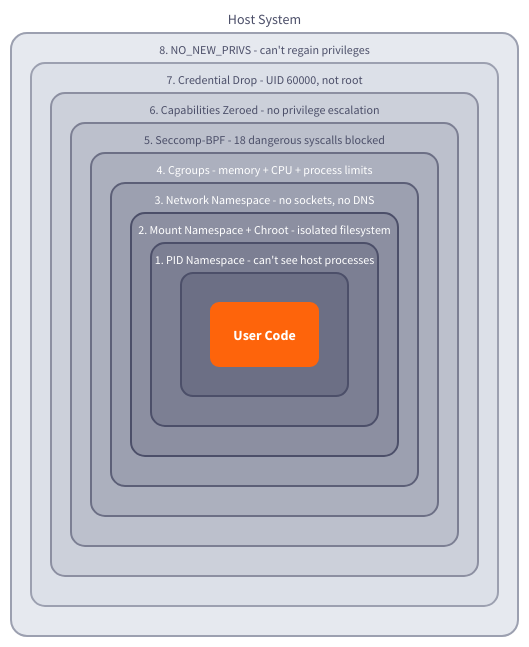
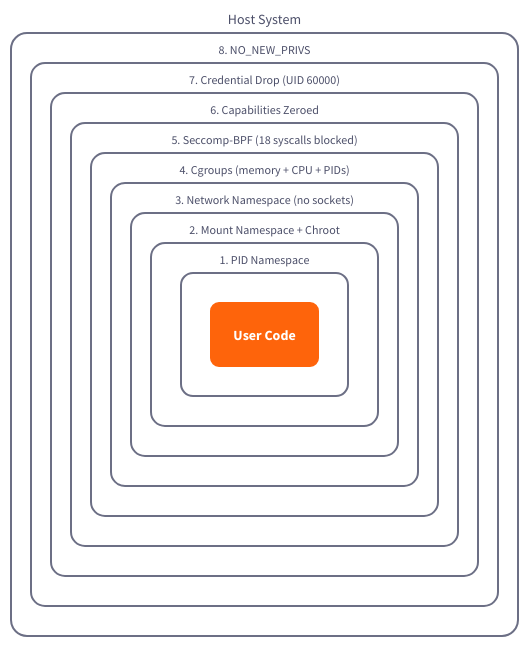
Before and after one commit to orkait/rustbox: the diagram in docs-site/src/assets/diagrams/isolation-layers.d2, drawn with D2. The commit also changed 7 other files, not shown here.

First line of the commit message:
docs: fix diagram layout, contrast, and sizing

```diff
--- a/docs-site/src/assets/diagrams/isolation-layers.d2
+++ b/docs-site/src/assets/diagrams/isolation-layers.d2
@@ -1,92 +1,92 @@
 direction: down
 
 host: {
   label: "Host System"
-  style.fill: "#e6e9ef"
-  style.stroke: "#9ca0b0"
+  style.fill: "#ffffff"
+  style.stroke: "#6c6f85"
   style.font-color: "#4c4f69"
   style.border-radius: 16
   style.font-size: 14
 
   l8: {
-    label: "8. NO_NEW_PRIVS  -  can't regain privileges"
-    style.fill: "#dce0e8"
-    style.stroke: "#9ca0b0"
+    label: "8. NO_NEW_PRIVS"
+    style.fill: "#ffffff"
+    style.stroke: "#6c6f85"
     style.font-color: "#4c4f69"
     style.border-radius: 14
     style.font-size: 12
 
     l7: {
-      label: "7. Credential Drop  -  UID 60000, not root"
-      style.fill: "#ccd0da"
-      style.stroke: "#8c8fa1"
+      label: "7. Credential Drop (UID 60000)"
+      style.fill: "#ffffff"
+      style.stroke: "#6c6f85"
       style.font-color: "#4c4f69"
       style.border-radius: 14
       style.font-size: 12
 
       l6: {
-        label: "6. Capabilities Zeroed  -  no privilege escalation"
-        style.fill: "#bcc0cc"
-        style.stroke: "#7c7f93"
+        label: "6. Capabilities Zeroed"
+        style.fill: "#ffffff"
+        style.stroke: "#6c6f85"
         style.font-color: "#4c4f69"
         style.border-radius: 14
         style.font-size: 12
 
         l5: {
-          label: "5. Seccomp-BPF  -  18 dangerous syscalls blocked"
-          style.fill: "#acb0be"
+          label: "5. Seccomp-BPF (18 syscalls blocked)"
+          style.fill: "#ffffff"
           style.stroke: "#6c6f85"
           style.font-color: "#4c4f69"
           style.border-radius: 14
           style.font-size: 12
 
           l4: {
-            label: "4. Cgroups  -  memory + CPU + process limits"
-            style.fill: "#9ca0b0"
-            style.stroke: "#5c5f77"
-            style.font-color: "#ffffff"
+            label: "4. Cgroups (memory + CPU + PIDs)"
+            style.fill: "#ffffff"
+            style.stroke: "#6c6f85"
+            style.font-color: "#4c4f69"
             style.border-radius: 14
             style.font-size: 12
 
             l3: {
-              label: "3. Network Namespace  -  no sockets, no DNS"
-              style.fill: "#8c8fa1"
-              style.stroke: "#4c4f69"
-              style.font-color: "#ffffff"
+              label: "3. Network Namespace (no sockets)"
+              style.fill: "#ffffff"
+              style.stroke: "#6c6f85"
+              style.font-color: "#4c4f69"
               style.border-radius: 14
               style.font-size: 12
 
               l2: {
-                label: "2. Mount Namespace + Chroot  -  isolated filesystem"
-                style.fill: "#7c7f93"
-                style.stroke: "#4c4f69"
-                style.font-color: "#ffffff"
+                label: "2. Mount Namespace + Chroot"
+                style.fill: "#ffffff"
+                style.stroke: "#6c6f85"
+                style.font-color: "#4c4f69"
                 style.border-radius: 14
                 style.font-size: 12
 
                 l1: {
-                  label: "1. PID Namespace  -  can't see host processes"
-                  style.fill: "#6c6f85"
-                  style.stroke: "#4c4f69"
-                  style.font-color: "#ffffff"
+                  label: "1. PID Namespace"
+                  style.fill: "#ffffff"
+                  style.stroke: "#6c6f85"
+                  style.font-color: "#4c4f69"
                   style.border-radius: 12
                   style.font-size: 12
 
                   payload: {
                     label: "User Code"
                     style.fill: "#fe640b"
                     style.stroke: "#fe640b"
                     style.font-color: "#ffffff"
                     style.border-radius: 8
                     style.font-size: 14
                     style.bold: true
                   }
                 }
               }
             }
           }
         }
       }
     }
   }
 }
```
